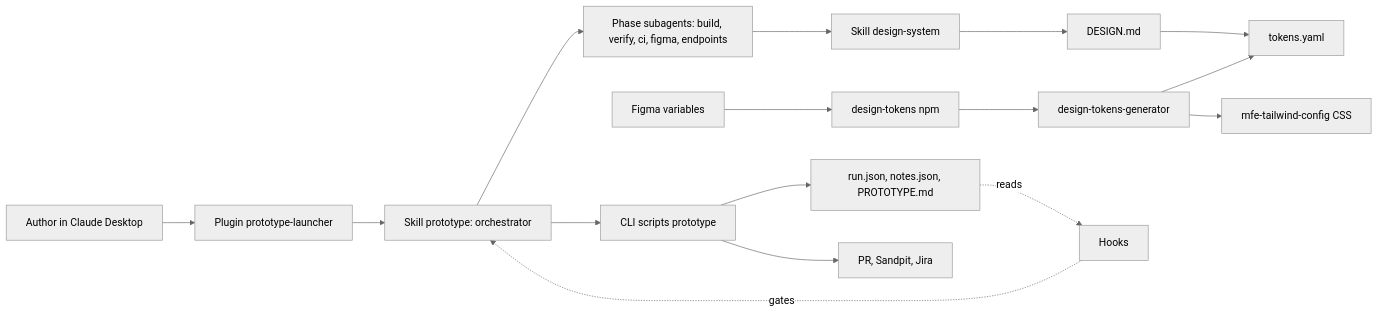
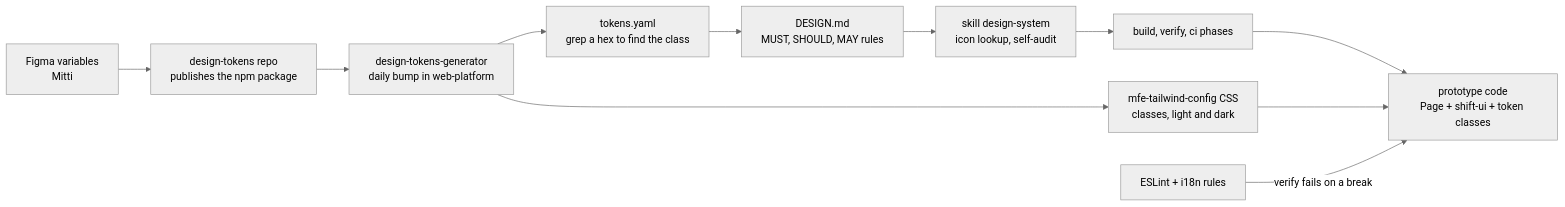
One commit to oleg-chibikov/project-architecture changed the fourth of 4 diagrams in README.md. Above: the diagram before and after it, drawn with Mermaid (neutral theme). The commit also changed other lines of this file, not shown here.

Commit message:
Detail the prototyping kit: phases, run steps, self-diagnostics, tokens

````diff
--- a/README.md
+++ b/README.md
@@ -3,16 +128,13 @@
 ```mermaid
 flowchart LR
-  A[Author in Claude Desktop] --> P[Plugin prototype-launcher]
-  P --> S[Skill prototype: orchestrator]
-  S --> SA[Phase subagents: build, verify, ci, figma, endpoints]
-  S --> CLI[CLI scripts prototype]
-  SA --> DS[Skill design-system]
-  DS --> MD[DESIGN.md]
-  MD --> TY[tokens.yaml]
-  F[Figma variables] --> NPM[design-tokens npm] --> GEN[design-tokens-generator] --> TY
-  GEN --> CSS[mfe-tailwind-config CSS]
-  H[Hooks] -.gates.-> S
-  RJ -.reads.-> H
-  CLI --> RJ[run.json, notes.json, PROTOTYPE.md]
-  CLI --> OUT[PR, Sandpit, Jira]
+  Figma["Figma variables<br/>Mitti"] --> Pkg["design-tokens repo<br/>publishes the npm package"]
+  Pkg --> Gen["design-tokens-generator<br/>daily bump in web-platform"]
+  Gen --> CSS["mfe-tailwind-config CSS<br/>classes, light and dark"]
+  Gen --> TY["tokens.yaml<br/>grep a hex to find the class"]
+  TY --> MD["DESIGN.md<br/>MUST, SHOULD, MAY rules"]
+  MD --> DSS["skill design-system<br/>icon lookup, self-audit"]
+  DSS --> Ph["build, verify, ci phases"]
+  Ph --> Code["prototype code<br/>Page + shift-ui + token classes"]
+  CSS --> Code
+  Lint["ESLint + i18n rules"] -->|verify fails on a break| Code
 ```
````
